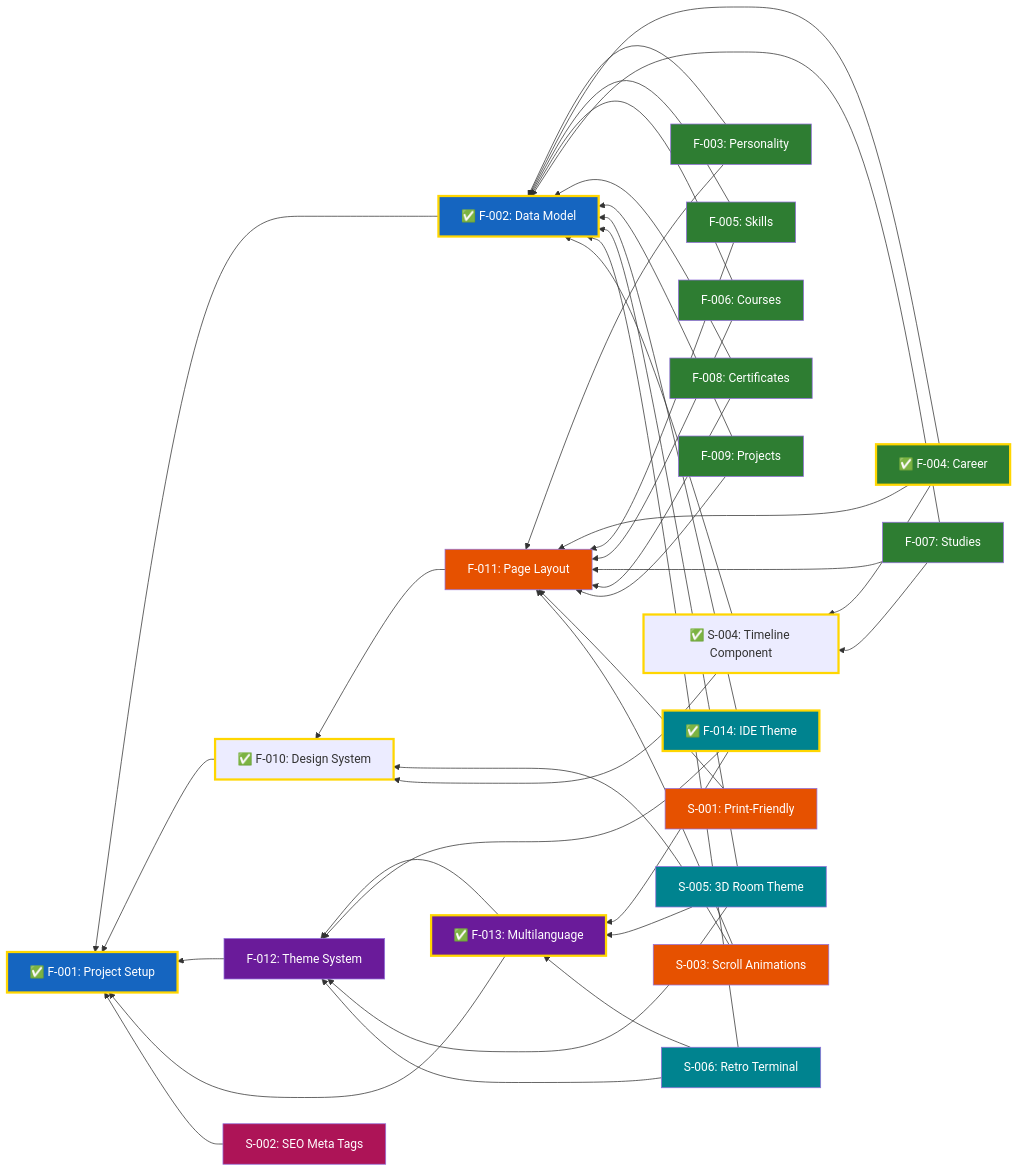
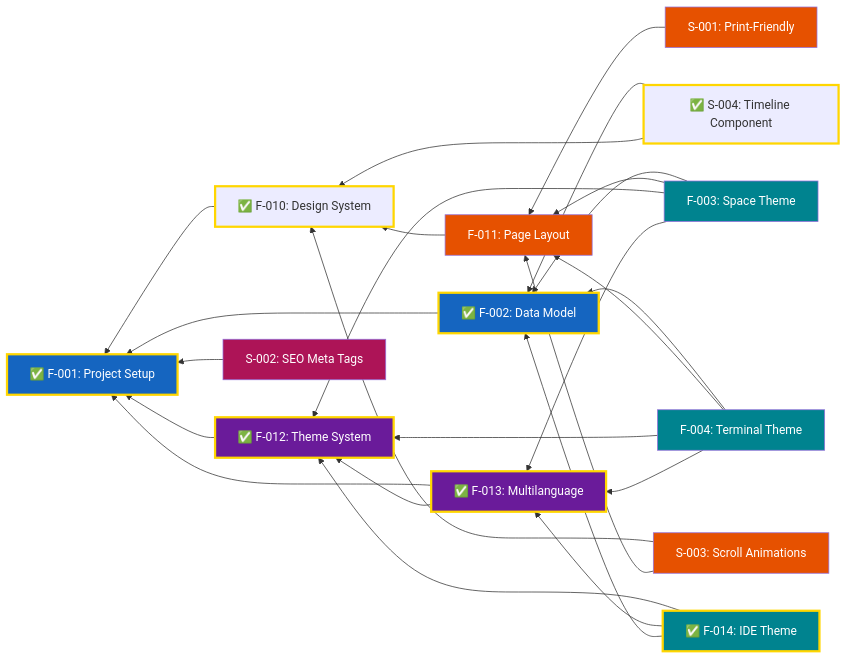
One commit to garcipat/cv-website changed the diagram in docs/Features.md. Above: the diagram before and after it, drawn with Mermaid. The commit also changed other lines of this file, not shown here.

Commit message:
fix feature list

````diff
--- a/docs/Features.md
+++ b/docs/Features.md
@@ -81,70 +67,44 @@
 graph RL
     F001["✅ F-001: Project Setup"]
     F002["✅ F-002: Data Model"]
-    F003["F-003: Personality"]
-    F004["✅ F-004: Career"]
-    F005["F-005: Skills"]
-    F006["F-006: Courses"]
-    F007["F-007: Studies"]
-    F008["F-008: Certificates"]
-    F009["F-009: Projects"]
+    F003["F-003: Space Theme"]
+    F004["F-004: Terminal Theme"]
     F010["✅ F-010: Design System"]
     F011["F-011: Page Layout"]
-    F012["F-012: Theme System"]
+    F012["✅ F-012: Theme System"]
     F013["✅ F-013: Multilanguage"]
     F014["✅ F-014: IDE Theme"]
     S001["S-001: Print-Friendly"]
     S002["S-002: SEO Meta Tags"]
     S003["S-003: Scroll Animations"]
     S004["✅ S-004: Timeline Component"]
-    S005["S-005: 3D Room Theme"]
-    S006["S-006: Retro Terminal"]
 
     F003 --> F002
+    F003 --> F011
+    F003 --> F012
+    F003 --> F013
     F004 --> F002
-    F005 --> F002
-    F006 --> F002
-    F007 --> F002
-    F008 --> F002
-    F009 --> F002
+    F004 --> F011
+    F004 --> F012
+    F004 --> F013
     F002 --> F001
     F010 --> F001
     F011 --> F010
-
-    F003 --> F011
-    F004 --> F011
-    F005 --> F011
-    F006 --> F011
-    F007 --> F011
-    F008 --> F011
-    F009 --> F011
-
     F012 --> F001
     F013 --> F001
     F013 --> F012
     F014 --> F012
     F014 --> F013
     F014 --> F002
-    S005 --> F012
-    S005 --> F013
-    S005 --> F002
-    S006 --> F012
-    S006 --> F013
-    S006 --> F002
-
     S001 --> F011
     S002 --> F001
     S003 --> F010
     S003 --> F011
     S004 --> F002
     S004 --> F010
-    F004 --> S004
-    F007 --> S004
 
     classDef done stroke:#FFD600,stroke-width:3px
-    classDef inProgress stroke:#FF6F00,stroke-width:3px,stroke-dasharray:4
     classDef projectSetup fill:#1565C0,color:#ffffff
-    classDef cvSections fill:#2E7D32,color:#ffffff
     classDef layoutNavigation fill:#E65100,color:#ffffff
     classDef themeInfrastructure fill:#6A1B9A,color:#ffffff
     classDef themes fill:#00838F,color:#ffffff
@@ -154,13 +114,12 @@
     class F002 done
     class F001,F002 projectSetup
     class F010 done
+    class F012 done
     class F013 done
-    class F003,F004,F005,F006,F007,F008,F009 cvSections
+    class F003,F004,F014 themes
     class F011,S001,S003 layoutNavigation
     class F012,F013 themeInfrastructure
-    class F014,S005,S006 themes
     class F014 done
-    class F004 done
     class S004 done
     class S002 enhancements
 ```
````
